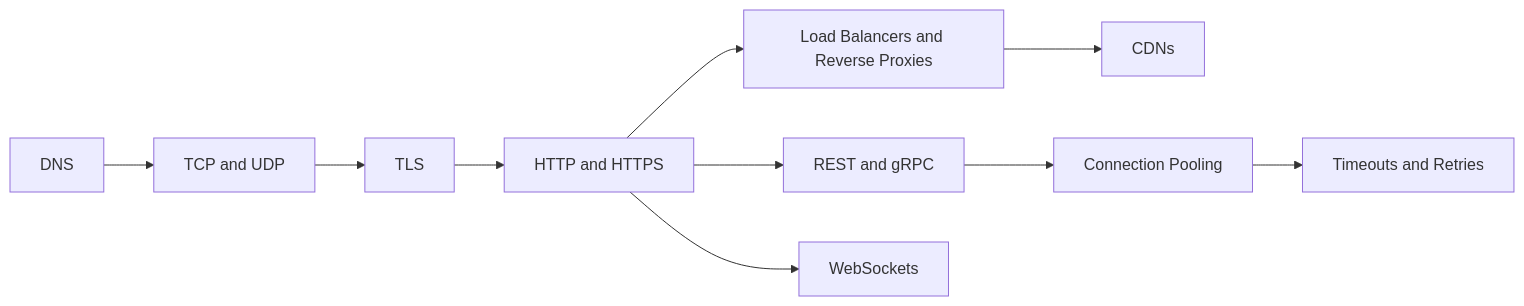
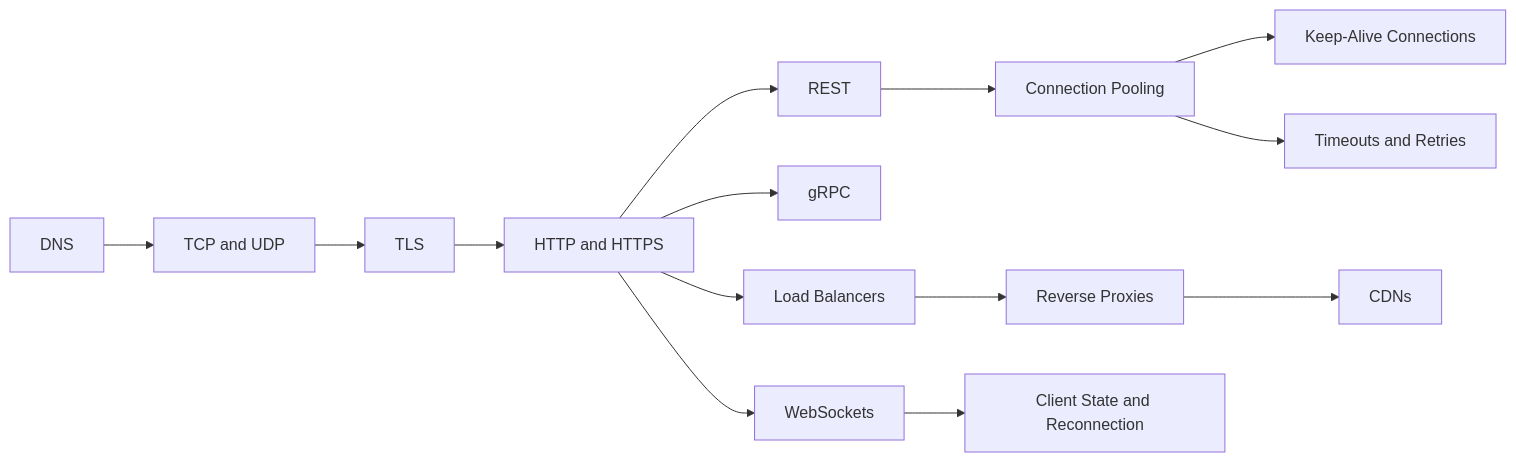
The diagram in HLD/01 HLD & System Design/Networking/Networking MOC.md (kunal-ladh/learn-system-design), drawn with Mermaid before and after one commit. The commit also changed other lines of this file and 195 other files, not shown here.

````diff
--- a/HLD/01 HLD & System Design/Networking/Networking MOC.md
+++ b/HLD/01 HLD & System Design/Networking/Networking MOC.md
@@ -23,12 +25,17 @@
 ```mermaid
 flowchart LR
     A[DNS] --> B[TCP and UDP]
     B --> C[TLS]
     C --> D[HTTP and HTTPS]
-    D --> E[REST and gRPC]
-    D --> F[Load Balancers and Reverse Proxies]
-    F --> G[CDNs]
-    E --> H[Connection Pooling]
+    D --> E1[REST]
+    D --> E2[gRPC]
+    D --> F1[Load Balancers]
+    F1 --> F2[Reverse Proxies]
+    F2 --> G[CDNs]
+    E1 --> H[Connection Pooling]
+    H --> H2[Keep-Alive Connections]
     H --> I[Timeouts and Retries]
     D --> J[WebSockets]
+    J --> K[Client State and Reconnection]
+    class A,B,C,D,E1,E2,F1,F2,G,H,H2,I,J,K internal-link;
 ```
````
